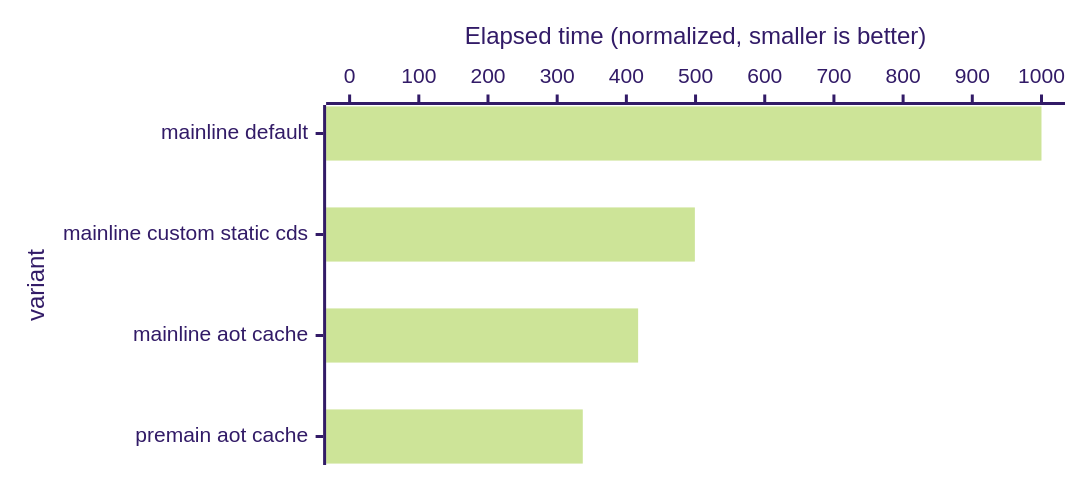
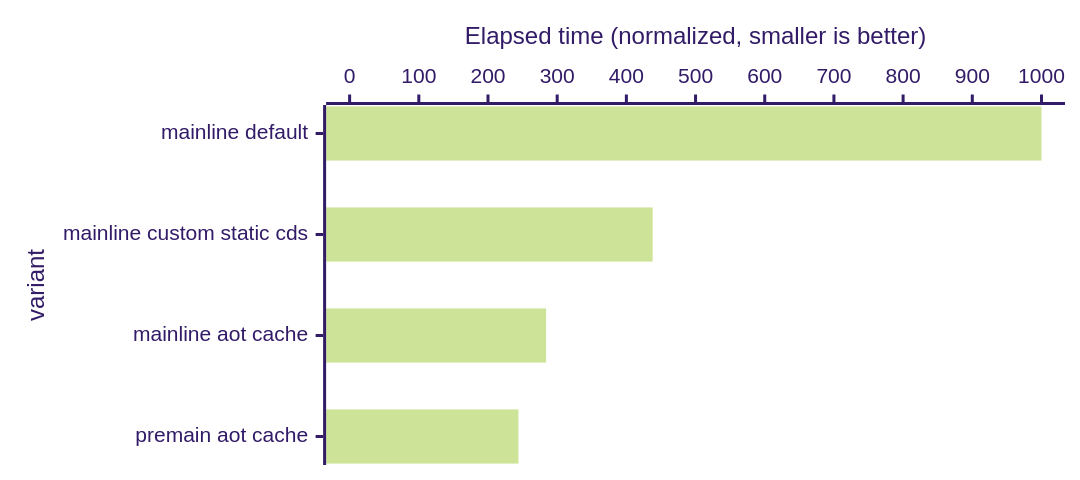
The fourth of 12 diagrams in benchmarks/README.md (openjdk/leyden), drawn with Mermaid before and after one commit. The commit also changed other lines of this file and 4 other files, not shown here.

````diff
--- a/benchmarks/README.md
+++ b/benchmarks/README.md
@@ -172,13 +172,13 @@
 ```mermaid
 ---
 config:
     theme: "forest"
     xyChart:
         chartOrientation: horizontal
         height: 300
 ---
 xychart-beta
     x-axis "variant" ["mainline default", "mainline custom static cds", "mainline aot cache", "premain aot cache"]
     y-axis "Elapsed time (normalized, smaller is better)" 0 --> 1000
-    bar [1000, 499, 417, 337]
+    bar [1000, 438, 284, 244]
 ```
````
